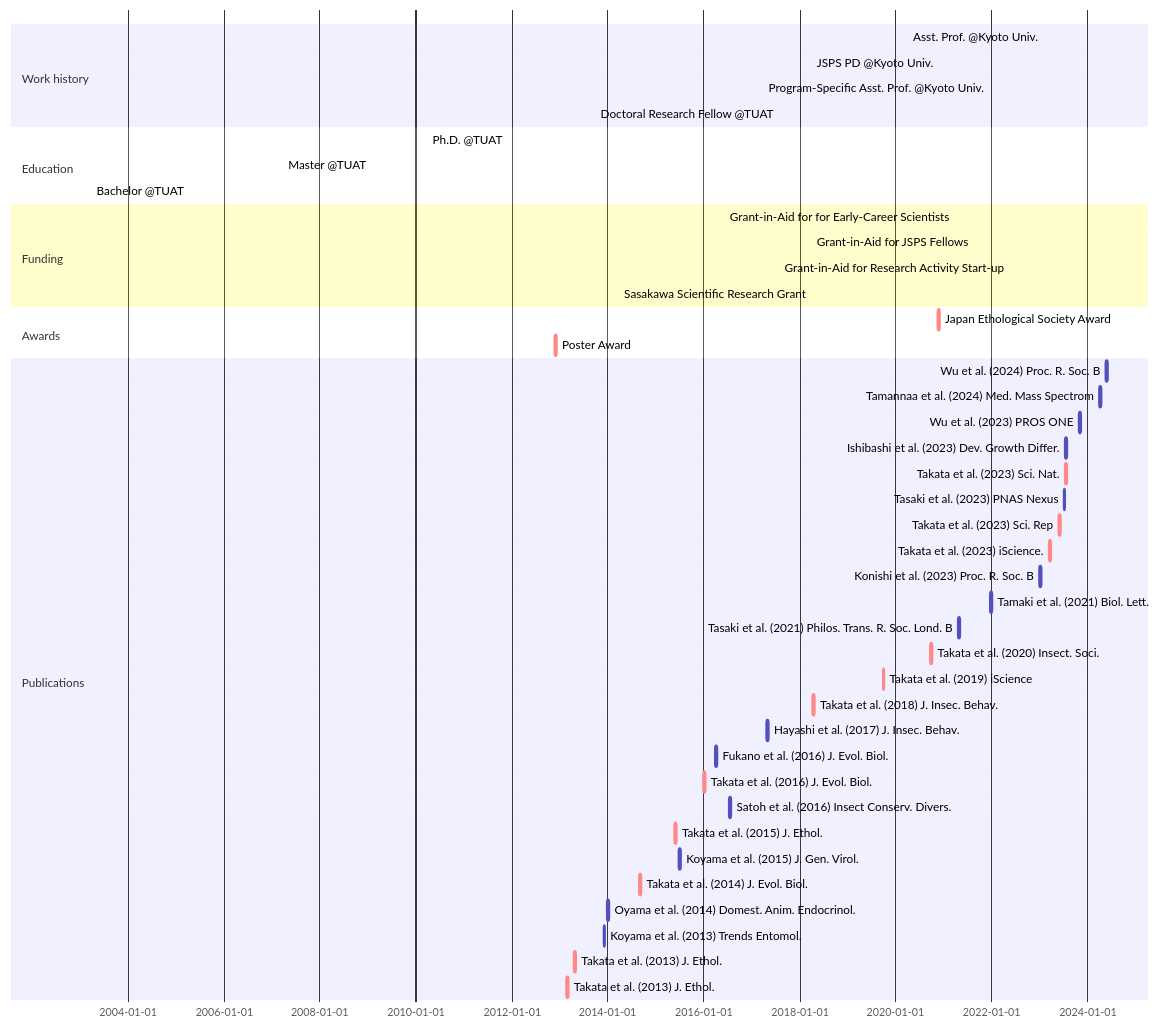
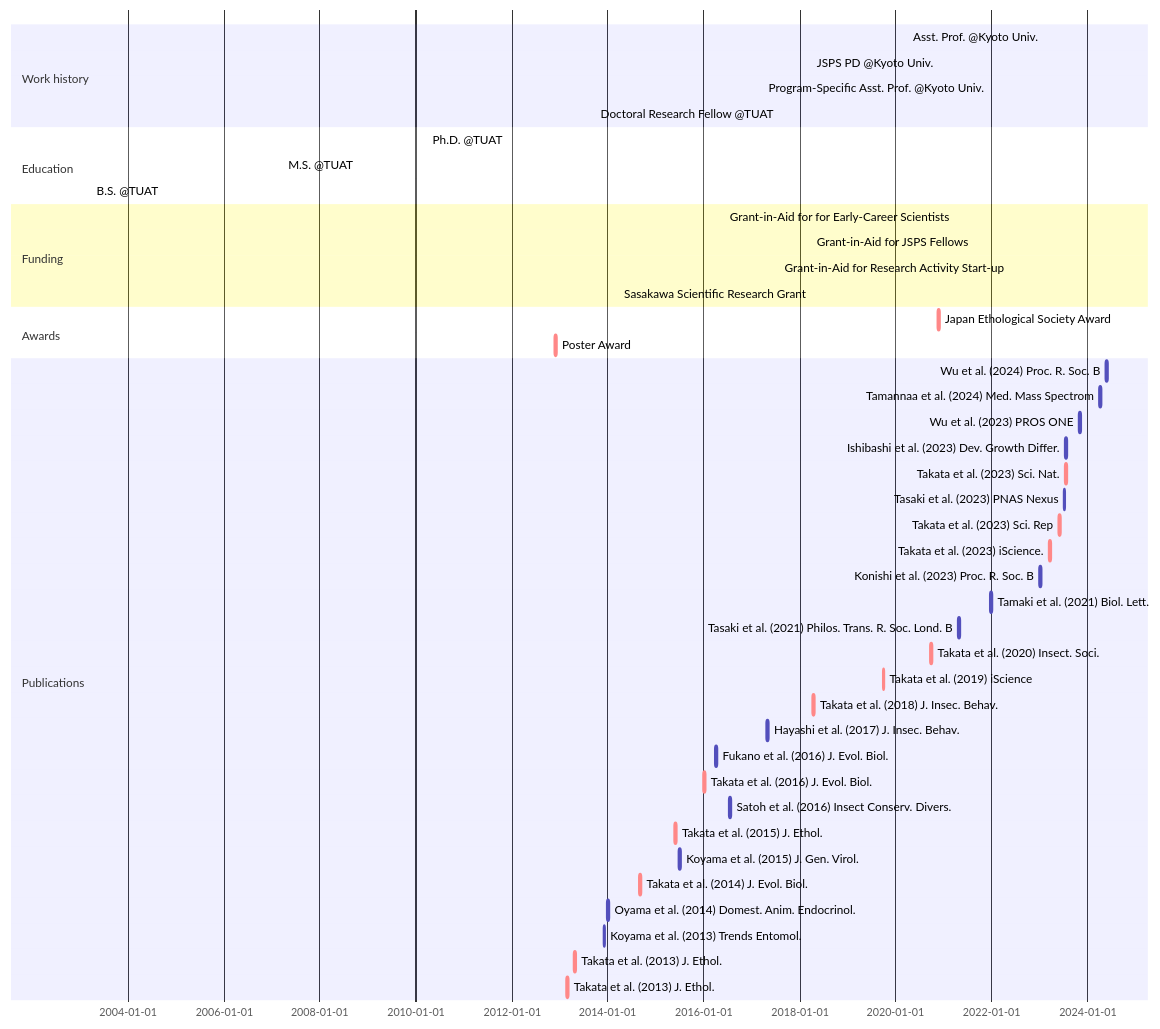
The diagram in _includes/mermaid-cv.md (MamoruTakata/MamoruTakata.github.io), drawn with Mermaid before and after one commit.

````diff
--- a/_includes/mermaid-cv.md
+++ b/_includes/mermaid-cv.md
@@ -1,50 +1,50 @@
 ```mermaid
 gantt
 section Work history
   Asst. Prof. @Kyoto Univ.                      : active, Asst. Prof., 2020-04-01, 2026-03-31
   JSPS PD @Kyoto Univ.                          : active, PD, 2018-04-01, 2020-03-31
   Program-Specific Asst. Prof. @Kyoto Univ.     : active, Program-Specific Asst. Prof., 2017-04-01, 2018-03-31
   Doctoral Research Fellow @TUAT                : active, Program-Specific Asst. Prof., 2013-10-01, 2017-03-31
 
 section Education
   Ph.D. @TUAT    : Ph.D., 2010-04-01, 2013-09-18
-  Master @TUAT   : MS, 2007-04-01, 2010-03-31
-  Bachelor @TUAT : BS, 2003-04-01, 2007-03-31
+  M.S. @TUAT   : MS, 2007-04-01, 2010-03-31
+  B.S. @TUAT : BS, 2003-04-01, 2007-03-31
 
 section Funding
   Grant-in-Aid for for Early-Career Scientists  : active, grant_young, 2021-04-01, 2026-03-31
   Grant-in-Aid for JSPS Fellows                 : active, grant_PD, 2018-04-01, 2021-03-31
   Grant-in-Aid for Research Activity Start-up   : active, grant_start, 2017-08-01, 2018-03-31
   Sasakawa Scientific Research Grant            : active, grant_Sasagawa, 2014-04-01, 2015-03-31
 
 section Awards
   Japan Ethological Society Award               : crit, aw_2, 2020-11-21, 2w
   Poster Award                                  : crit, aw_1, 2012-11-24, 2w
 
 section Publications
   Wu et al. (2024) Proc. R. Soc. B            :       Wu et al. 2024, 2024-05-22, 2w
   Tamannaa et al. (2024) Med. Mass Spectrom     :       Tamannaa et al. 2024, 2024-04-01, 2w
   Wu et al. (2023) PROS ONE                     :       Wu et al. 2023, 2023-11-02, 2w
   Ishibashi et al. (2023) Dev. Growth Differ.   :       Ishibashi et al. 2023, 2023-07-18, 2w
   Takata et al. (2023) Sci. Nat.                : crit, Takata et al. 2023c, 2023-07-17, 2w
   Tasaki et al. (2023) PNAS Nexus               :       Tasaki et al. 2023, 2023-07-04, 2w
   Takata et al. (2023) Sci. Rep                 : crit, Takata et al. 2023b, 2023-05-31, 2w
   Takata et al. (2023) iScience.                : crit, Takata et al. 2023a, 2023-03-17, 2w
   Konishi et al. (2023) Proc. R. Soc. B       :       Konishi et al. 2023, 2023-01-04, 2w
   Tamaki et al. (2021) Biol. Lett.              :       Tamaki et al. 2021, 2021-12-22, 2w
   Tasaki et al. (2021) Philos. Trans. R. Soc. Lond. B : Tasaki et al. 2021, 2021-04-26, 2w
   Takata et al. (2020) Insect. Soci.            : crit, Takata et al. 2020, 2020-09-22, 2w
   Takata et al. (2019) iScience                 : crit, Takata et al. 2019, 2019-09-27, 2w
   Takata et al. (2018) J. Insec. Behav.         : crit, Takata et al. 2018, 2018-04-14, 2w
   Hayashi et al. (2017) J. Insec. Behav.        :       Hayashi et al. 2017, 2017-04-29, 2w
   Fukano et al. (2016) J. Evol. Biol.           :       Fukano et al. 2016, 2016-04-01, 2w
   Takata et al. (2016) J. Evol. Biol.           : crit, Takata et al. 2016, 2016-01-01, 2w
   Satoh et al. (2016) Insect Conserv. Divers.   :       Satoh et al. 2016, 2016-07-16, 2w
   Takata et al. (2015) J. Ethol.                : crit, Takata et al. 2015, 2015-05-28, 2w
   Koyama et al. (2015) J. Gen. Virol.           :       Koyama et al. 2015, 2015-07-01, 2w
   Takata et al. (2014) J. Evol. Biol.           : crit, Takata et al. 2014, 2014-09-01, 2w
   Oyama et al. (2014) Domest. Anim. Endocrinol. :       Oyama et al. 2014, 2014-01-01, 2w
   Koyama et al. (2013) Trends Entomol.          :       Koyama et al. 2013, 2013-12-01, 2w
   Takata et al. (2013) J. Ethol.                : crit, Takata et al. 2015b, 2013-04-21, 2w
   Takata et al. (2013) J. Ethol.                : crit, Takata et al. 2015a, 2013-02-23, 2w
 ```
````
